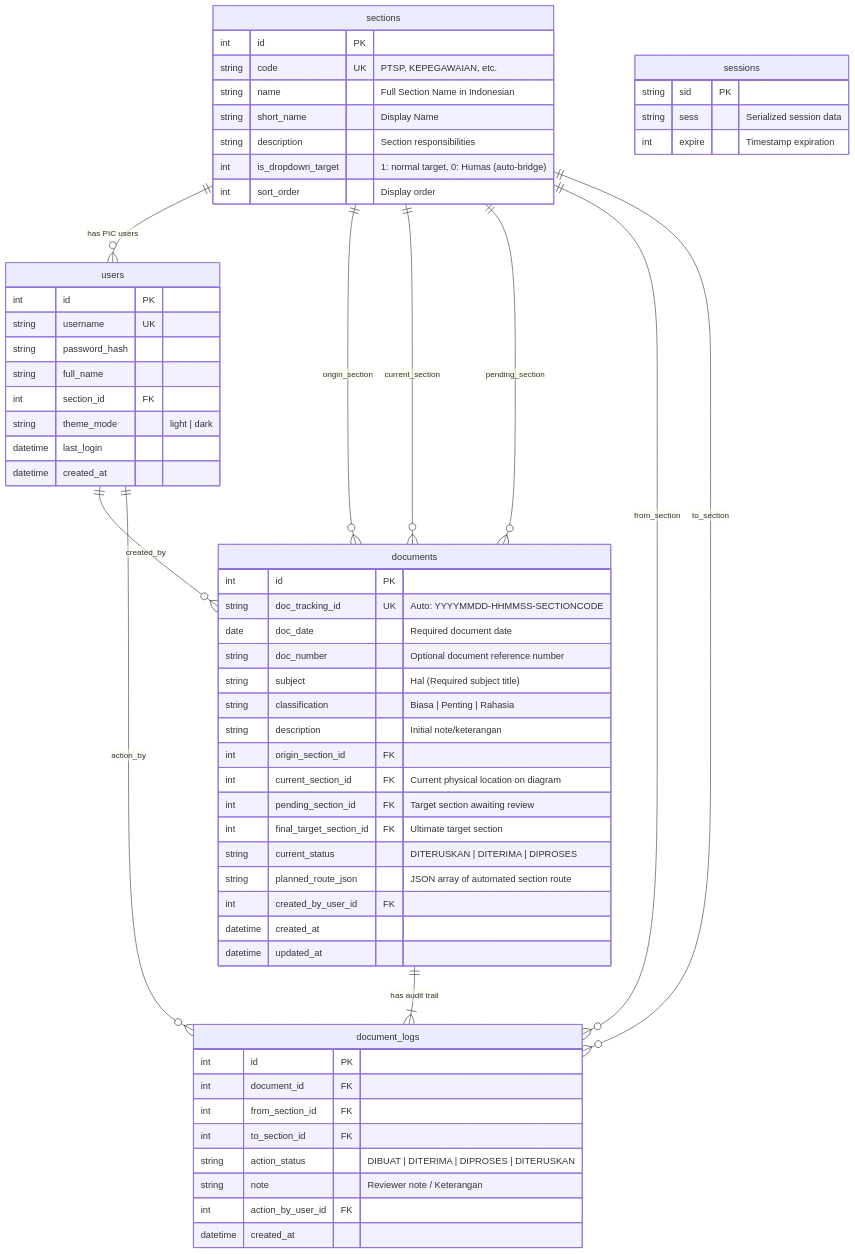
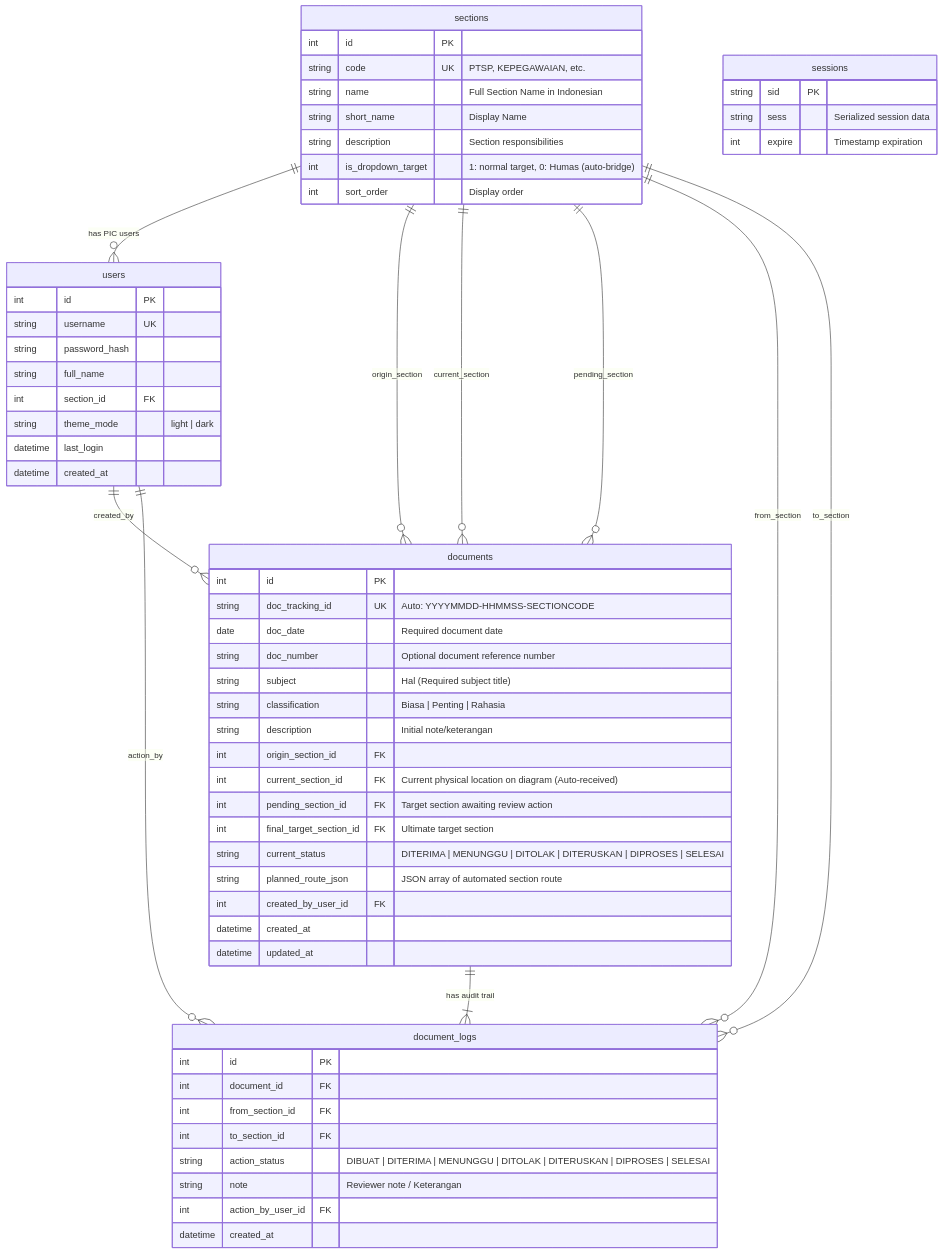
Before and after one commit to emenace/dokutra: the diagram in DATABASE_MODEL.md, drawn with Mermaid. The commit also changed other lines of this file and 17 other files, not shown here.

Commit message:
Big Incoming Document Alert, Auto-Receive & Review Workflow

````diff
--- a/DATABASE_MODEL.md
+++ b/DATABASE_MODEL.md
@@ -9,69 +9,69 @@
 ```mermaid
 erDiagram
     sections ||--o{ users : "has PIC users"
     sections ||--o{ documents : "origin_section"
     sections ||--o{ documents : "current_section"
     sections ||--o{ documents : "pending_section"
     users ||--o{ documents : "created_by"
     documents ||--|{ document_logs : "has audit trail"
     sections ||--o{ document_logs : "from_section"
     sections ||--o{ document_logs : "to_section"
     users ||--o{ document_logs : "action_by"
 
     sections {
         int id PK
         string code UK "PTSP, KEPEGAWAIAN, etc."
         string name "Full Section Name in Indonesian"
         string short_name "Display Name"
         string description "Section responsibilities"
         int is_dropdown_target "1: normal target, 0: Humas (auto-bridge)"
         int sort_order "Display order"
     }
 
     users {
         int id PK
         string username UK
         string password_hash
         string full_name
         int section_id FK
         string theme_mode "light | dark"
         datetime last_login
         datetime created_at
     }
 
     documents {
         int id PK
         string doc_tracking_id UK "Auto: YYYYMMDD-HHMMSS-SECTIONCODE"
         date doc_date "Required document date"
         string doc_number "Optional document reference number"
         string subject "Hal (Required subject title)"
         string classification "Biasa | Penting | Rahasia"
         string description "Initial note/keterangan"
         int origin_section_id FK
-        int current_section_id FK "Current physical location on diagram"
-        int pending_section_id FK "Target section awaiting review"
+        int current_section_id FK "Current physical location on diagram (Auto-received)"
+        int pending_section_id FK "Target section awaiting review action"
         int final_target_section_id FK "Ultimate target section"
-        string current_status "DITERUSKAN | DITERIMA | DIPROSES"
+        string current_status "DITERIMA | MENUNGGU | DITOLAK | DITERUSKAN | DIPROSES | SELESAI"
         string planned_route_json "JSON array of automated section route"
         int created_by_user_id FK
         datetime created_at
         datetime updated_at
     }
 
     document_logs {
         int id PK
         int document_id FK
         int from_section_id FK
         int to_section_id FK
-        string action_status "DIBUAT | DITERIMA | DIPROSES | DITERUSKAN"
+        string action_status "DIBUAT | DITERIMA | MENUNGGU | DITOLAK | DITERUSKAN | DIPROSES | SELESAI"
         string note "Reviewer note / Keterangan"
         int action_by_user_id FK
         datetime created_at
     }
 
     sessions {
         string sid PK
         string sess "Serialized session data"
         int expire "Timestamp expiration"
     }
 ```
````
